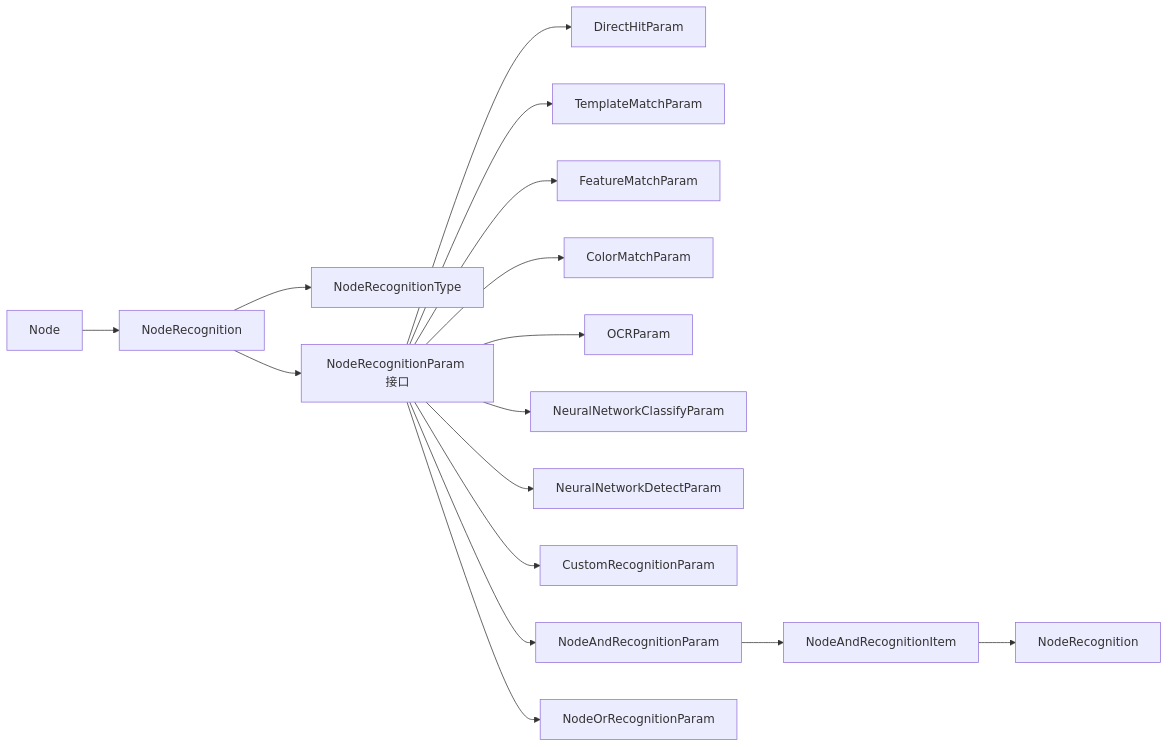
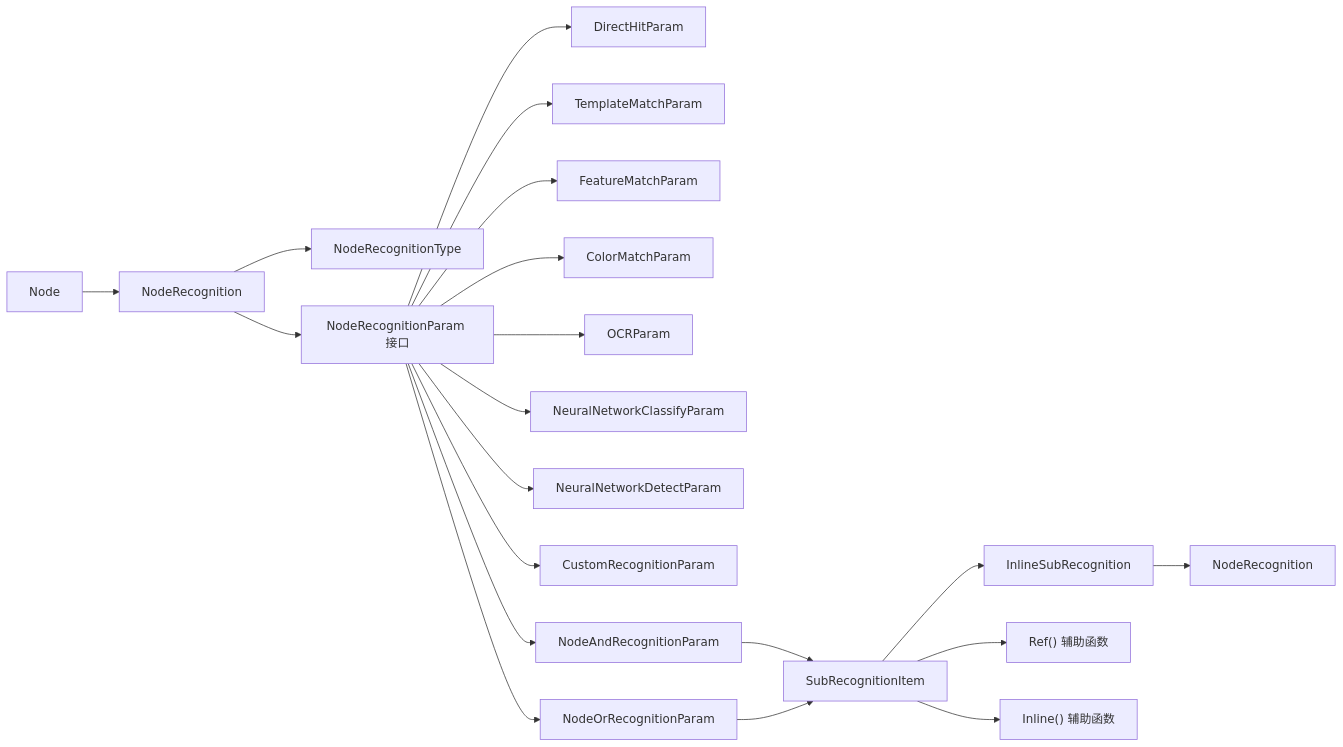
The fourth of 4 diagrams in instructions/maafw-golang-binding/高级功能/流水线配置/节点结构详解/识别配置详解/识别配置详解.md (kqcoxn/MaaPipelineEditor), drawn with Mermaid before and after one commit. The commit also changed other lines of this file and 5 other files, not shown here.

````diff
--- a/instructions/maafw-golang-binding/高级功能/流水线配置/节点结构详解/识别配置详解/识别配置详解.md
+++ b/instructions/maafw-golang-binding/高级功能/流水线配置/节点结构详解/识别配置详解/识别配置详解.md
@@ -372,18 +415,22 @@
 ```mermaid
 graph LR
 N["Node"] --> R["NodeRecognition"]
 R --> T["NodeRecognitionType"]
 R --> P["NodeRecognitionParam 接口"]
 P --> D["DirectHitParam"]
 P --> TM["TemplateMatchParam"]
 P --> FM["FeatureMatchParam"]
 P --> CM["ColorMatchParam"]
 P --> OCR["OCRParam"]
 P --> NC["NeuralNetworkClassifyParam"]
 P --> ND["NeuralNetworkDetectParam"]
 P --> C["CustomRecognitionParam"]
 P --> AND["NodeAndRecognitionParam"]
 P --> OR["NodeOrRecognitionParam"]
-AND --> AI["NodeAndRecognitionItem"]
-AI --> NR["NodeRecognition"]
+AND --> SRI["SubRecognitionItem"]
+OR --> SRI
+SRI --> ISR["InlineSubRecognition"]
+SRI --> REF["Ref() 辅助函数"]
+SRI --> INLINE["Inline() 辅助函数"]
+ISR --> NR["NodeRecognition"]
 ```
````
